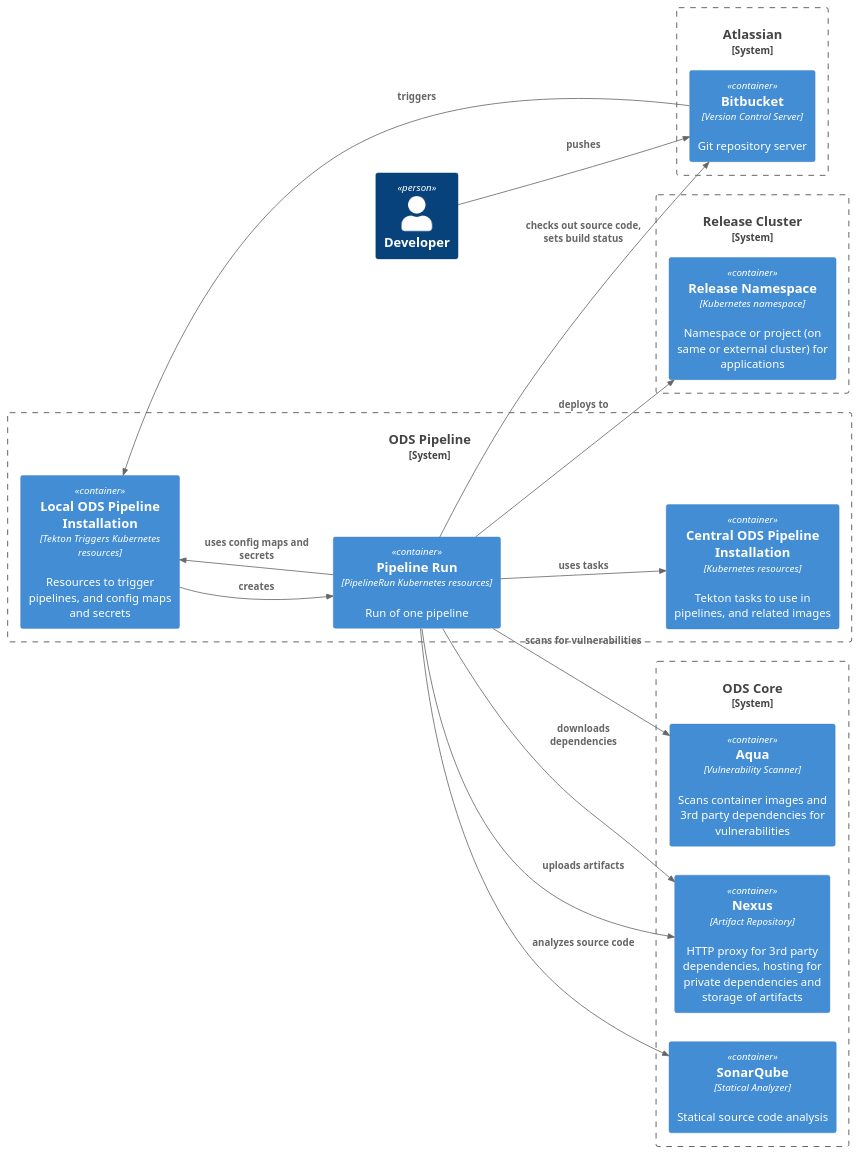
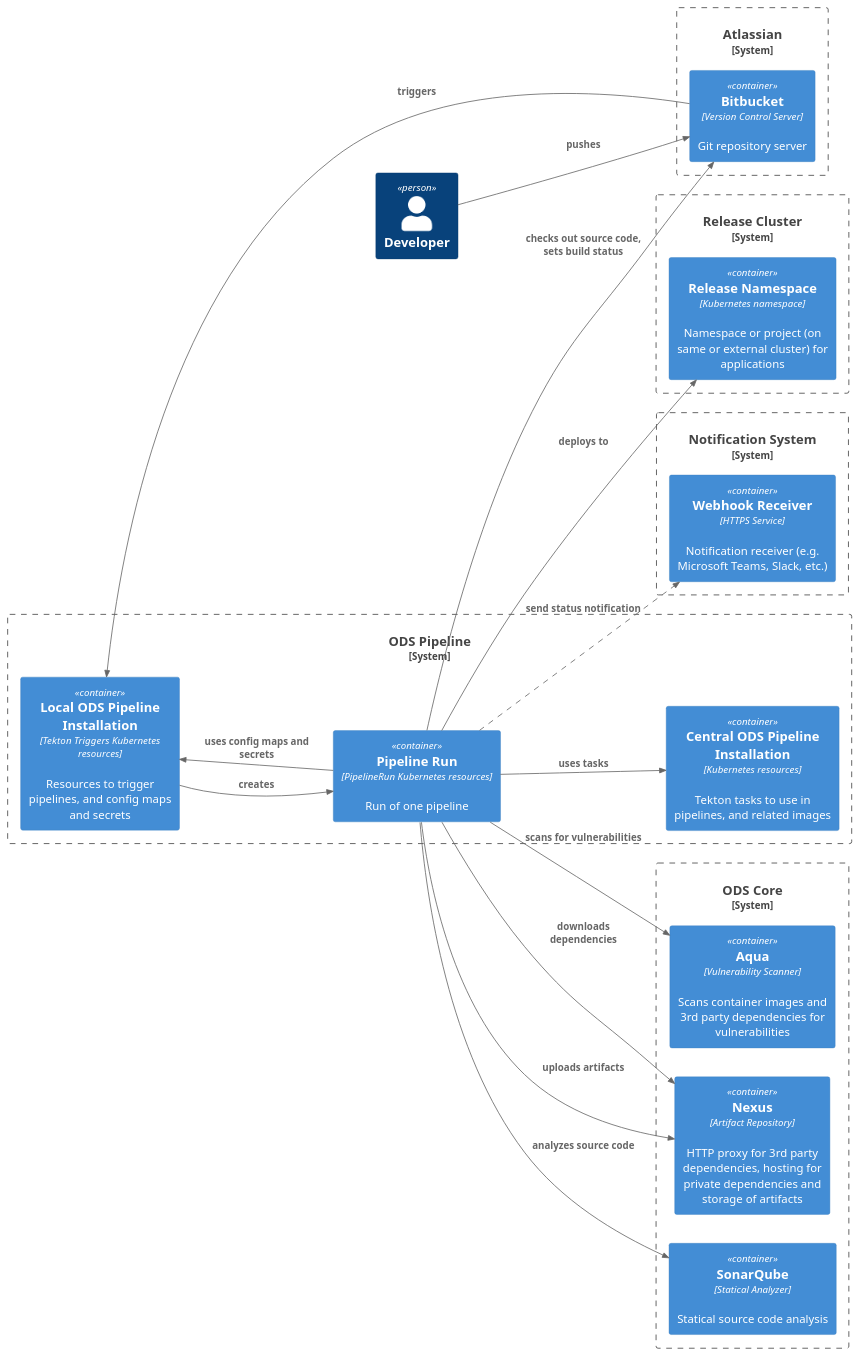
The diagram in docs/architecture/container-system.puml (opendevstack/ods-pipeline), drawn with PlantUML before and after one commit.

Commit message:
Add notifications into container diagram

```diff
--- a/docs/architecture/container-system.puml
+++ b/docs/architecture/container-system.puml
@@ -1,54 +1,61 @@
 @startuml "container-system"
 !include https://raw.githubusercontent.com/plantuml-stdlib/C4-PlantUML/master/C4_Container.puml
 ' uncomment the following line and comment the first to use locally
 ' !include C4_Container.puml
 
 LAYOUT_LEFT_RIGHT()
+
+AddRelTag("optional", $lineStyle = DashedLine())
 
 Person(developer, "Developer")
 
 System_Boundary(pipeline, "ODS Pipeline"){
 
     Container(local_installation, "Local ODS Pipeline Installation", "Tekton Triggers Kubernetes resources", "Resources to trigger pipelines, and config maps and secrets")
 
     Container(central_installation, "Central ODS Pipeline Installation", "Kubernetes resources", "Tekton tasks to use in pipelines, and related images")
 
     Container(pipeline_run, "Pipeline Run", "PipelineRun Kubernetes resources", "Run of one pipeline")
 
 }
 
 System_Boundary(core, "ODS Core"){
 
     Container(nexus, "Nexus", "Artifact Repository", "HTTP proxy for 3rd party dependencies, hosting for private dependencies and storage of artifacts")
 
     Container(sonarqube, "SonarQube", "Statical Analyzer", "Statical source code analysis")
 
     Container(aqua, "Aqua", "Vulnerability Scanner", "Scans container images and 3rd party dependencies for vulnerabilities")
 
 }
 
 System_Boundary(atlassian, "Atlassian"){
 
     Container(bitbucket, "Bitbucket", "Version Control Server", "Git repository server")
 
 }
 
 System_Boundary(release_cluster, "Release Cluster"){
 
     Container(release_namespace, "Release Namespace", "Kubernetes namespace", "Namespace or project (on same or external cluster) for applications")
 
 }
 
+System_Boundary(webhook_receiver_system, "Notification System") {
+    Container(webhook_receiver, "Webhook Receiver", "HTTPS Service", "Notification receiver (e.g. Microsoft Teams, Slack, etc.)")
+}
+
 Rel(pipeline_run, nexus, "downloads dependencies")
 Rel(pipeline_run, nexus, "uploads artifacts")
 Rel(pipeline_run, sonarqube, "analyzes source code")
 Rel(pipeline_run, aqua, "scans for vulnerabilities")
 Rel(pipeline_run, bitbucket, "checks out source code, sets build status")
 Rel(bitbucket, local_installation, "triggers")
 Rel(local_installation, pipeline_run, "creates")
 Rel(pipeline_run, local_installation, "uses config maps and secrets")
 Rel(pipeline_run, central_installation, "uses tasks")
 Rel(pipeline_run, release_namespace, "deploys to")
 Rel(developer, bitbucket, "pushes")
+Rel(pipeline_run, webhook_receiver, "send status notification", $tags="optional")
 
 @enduml
```
